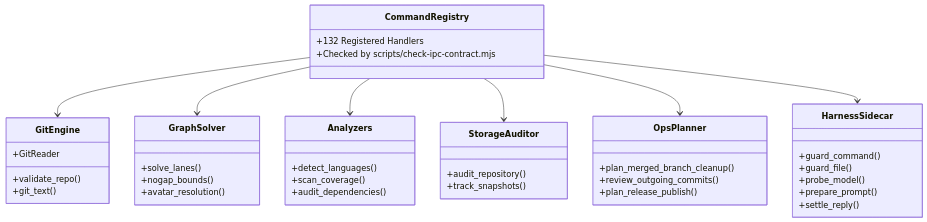
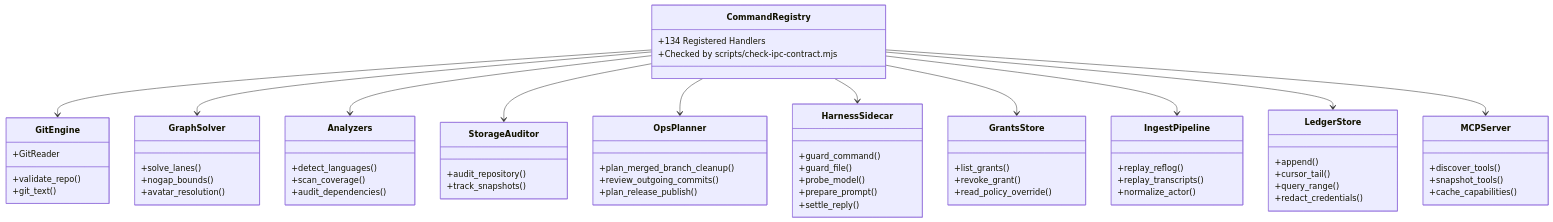
One commit to bharathvbcr/GitPulse changed the third of 4 diagrams in docs/ARCHITECTURE.md. Above: the diagram before and after it, drawn with Mermaid. The commit also changed other lines of this file and 119 other files, not shown here.

````diff
--- a/docs/ARCHITECTURE.md
+++ b/docs/ARCHITECTURE.md
@@ -96,45 +100,70 @@
 ```mermaid
 classDiagram
     class CommandRegistry {
-        +132 Registered Handlers
+        +134 Registered Handlers
         +Checked by scripts/check-ipc-contract.mjs
     }
     class GitEngine {
         +validate_repo()
         +git_text()
         +GitReader
     }
     class GraphSolver {
         +solve_lanes()
         +nogap_bounds()
         +avatar_resolution()
     }
     class Analyzers {
         +detect_languages()
         +scan_coverage()
         +audit_dependencies()
     }
     class StorageAuditor {
         +audit_repository()
         +track_snapshots()
     }
+    class GrantsStore {
+        +list_grants()
+        +revoke_grant()
+        +read_policy_override()
+    }
+    class IngestPipeline {
+        +replay_reflog()
+        +replay_transcripts()
+        +normalize_actor()
+    }
+    class LedgerStore {
+        +append()
+        +cursor_tail()
+        +query_range()
+        +redact_credentials()
+    }
     class OpsPlanner {
         +plan_merged_branch_cleanup()
         +review_outgoing_commits()
         +plan_release_publish()
+    }
+    class MCPServer {
+        +discover_tools()
+        +snapshot_tools()
+        +cache_capabilities()
     }
     class HarnessSidecar {
         +guard_command()
         +guard_file()
         +probe_model()
         +prepare_prompt()
         +settle_reply()
     }
 
     CommandRegistry --> GitEngine
     CommandRegistry --> GraphSolver
     CommandRegistry --> Analyzers
     CommandRegistry --> StorageAuditor
     CommandRegistry --> OpsPlanner
     CommandRegistry --> HarnessSidecar
+    CommandRegistry --> GrantsStore
+    CommandRegistry --> IngestPipeline
+    CommandRegistry --> LedgerStore
+    CommandRegistry --> MCPServer
 ```
````
